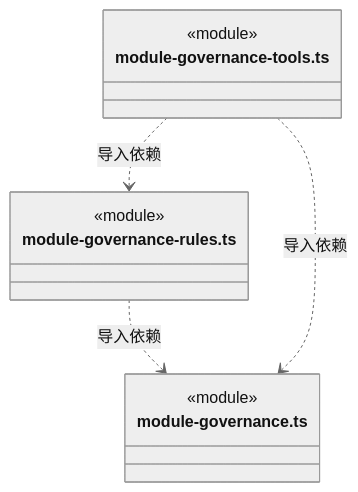
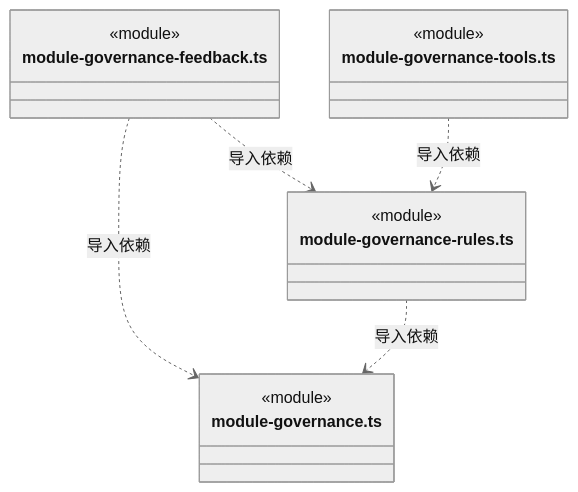
Before and after one commit to nan023062/cbim: diagram 16 of 17 in src/backend/core/governance/ARCHITECTURE.md, drawn with Mermaid (neutral theme). The commit also changed other lines of this file and 42 other files, not shown here.

````diff
--- a/src/backend/core/governance/ARCHITECTURE.md
+++ b/src/backend/core/governance/ARCHITECTURE.md
@@ -343,15 +405,19 @@
 ```mermaid
 classDiagram
-class N_src_backend_core_governance_module_governance_rules_ts["module-governance-rules.ts"] {
+class N_src_backend_core_governance_module_governance_feedback_ts["module-governance-feedback.ts"] {
   <<module>>
 }
 class N_src_backend_core_governance_module_governance_ts["module-governance.ts"] {
   <<module>>
 }
+class N_src_backend_core_governance_module_governance_rules_ts["module-governance-rules.ts"] {
+  <<module>>
+}
 class N_src_backend_core_governance_module_governance_tools_ts["module-governance-tools.ts"] {
   <<module>>
 }
+N_src_backend_core_governance_module_governance_feedback_ts ..> N_src_backend_core_governance_module_governance_ts : 导入依赖
+N_src_backend_core_governance_module_governance_feedback_ts ..> N_src_backend_core_governance_module_governance_rules_ts : 导入依赖
 N_src_backend_core_governance_module_governance_rules_ts ..> N_src_backend_core_governance_module_governance_ts : 导入依赖
 N_src_backend_core_governance_module_governance_tools_ts ..> N_src_backend_core_governance_module_governance_rules_ts : 导入依赖
-N_src_backend_core_governance_module_governance_tools_ts ..> N_src_backend_core_governance_module_governance_ts : 导入依赖
 ```
````
